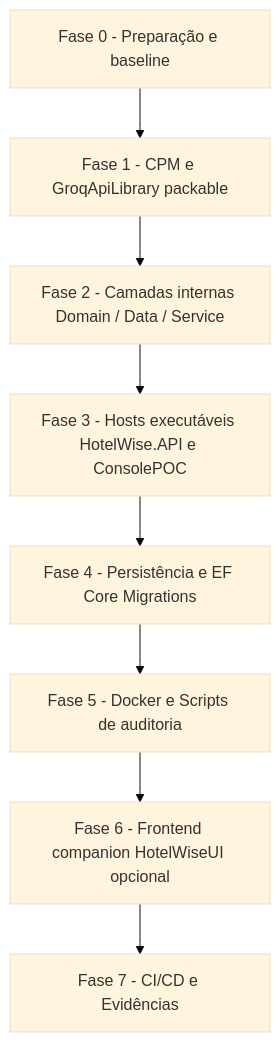
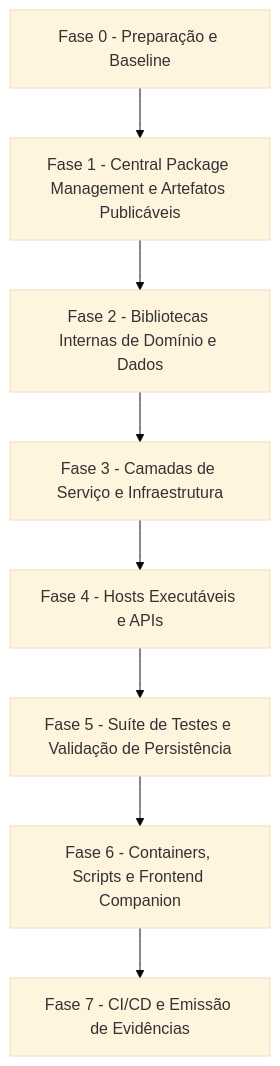
One commit to LeoneRocha/HotelWiseAPI changed the diagram in DOCUMENTACAO/UpdatePackages/GuiaGenericoAtualizacaoPacotes.md. Above: the diagram before and after it, drawn with Mermaid (base theme). The commit also changed other lines of this file and 3 other files, not shown here.

Commit message:
docs: add package update guides for HotelWiseAPI and general procedures

````diff
--- a/DOCUMENTACAO/UpdatePackages/GuiaGenericoAtualizacaoPacotes.md
+++ b/DOCUMENTACAO/UpdatePackages/GuiaGenericoAtualizacaoPacotes.md
@@ -158,10 +141,10 @@
 ```mermaid
 flowchart TD
-    F0[Fase 0 - Preparação e baseline] --> F1[Fase 1 - CPM e GroqApiLibrary packable]
-    F1 --> F2[Fase 2 - Camadas internas Domain / Data / Service]
-    F2 --> F3[Fase 3 - Hosts executáveis HotelWise.API e ConsolePOC]
-    F3 --> F4[Fase 4 - Persistência e EF Core Migrations]
-    F4 --> F5[Fase 5 - Docker e Scripts de auditoria]
-    F5 --> F6[Fase 6 - Frontend companion HotelWiseUI opcional]
-    F6 --> F7[Fase 7 - CI/CD e Evidências]
+    F0[Fase 0 - Preparação e Baseline] --> F1[Fase 1 - Central Package Management e Artefatos Publicáveis]
+    F1 --> F2[Fase 2 - Bibliotecas Internas de Domínio e Dados]
+    F2 --> F3[Fase 3 - Camadas de Serviço e Infraestrutura]
+    F3 --> F4[Fase 4 - Hosts Executáveis e APIs]
+    F4 --> F5[Fase 5 - Suíte de Testes e Validação de Persistência]
+    F5 --> F6[Fase 6 - Containers, Scripts e Frontend Companion]
+    F6 --> F7[Fase 7 - CI/CD e Emissão de Evidências]
 ```
````
